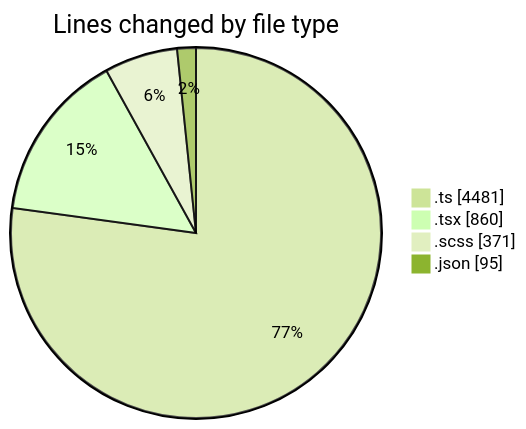
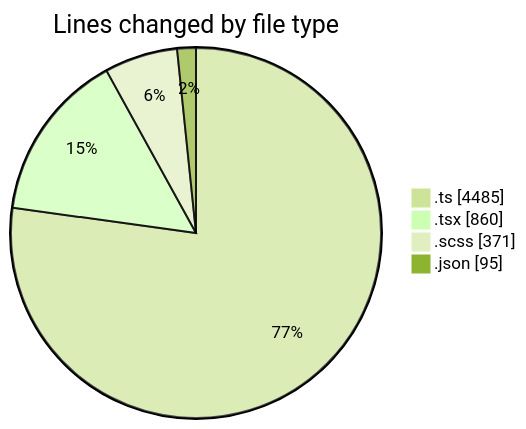
The first of 2 diagrams in 2026-10-29/cda/README.md (momahboobian/code-tracking), drawn with Mermaid (forest theme) before and after one commit. The commit also changed other lines of this file and 1 other file, not shown here.

````diff
--- a/2026-10-29/cda/README.md
+++ b/2026-10-29/cda/README.md
@@ -30,8 +30,8 @@
 ```mermaid
 pie showData
 title Lines changed by file type
-".ts" : 4481
+".ts" : 4485
 ".tsx" : 860
 ".scss" : 371
 ".json" : 95
 ```
````
